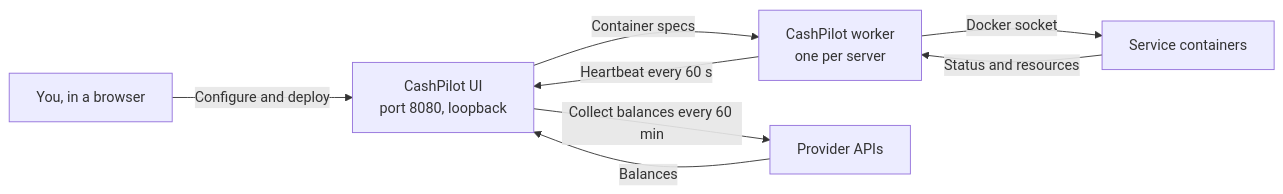
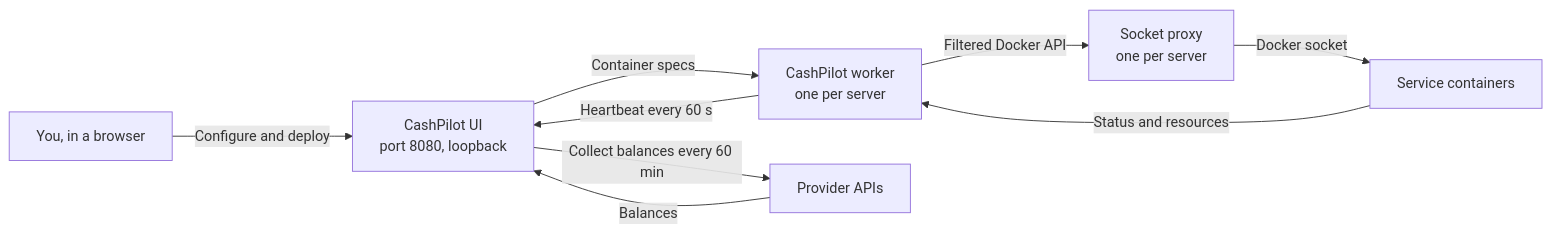
Before and after one commit to GeiserX/CashPilot: the diagram in docs/index.md, drawn with Mermaid. The commit also changed other lines of this file and 9 other files, not shown here.

First line of the commit message:
docs: stop telling users the worker holds the Docker socket and nothing fences the LAN (#603)

````diff
--- a/docs/index.md
+++ b/docs/index.md
@@ -112,10 +113,11 @@
 ```mermaid
 graph LR
     A[You, in a browser] -->|Configure and deploy| B[CashPilot UI<br>port 8080, loopback]
     B -->|Container specs| C[CashPilot worker<br>one per server]
-    C -->|Docker socket| D[Service containers]
+    C -->|Filtered Docker API| P[Socket proxy<br>one per server]
+    P -->|Docker socket| D[Service containers]
     D -->|Status and resources| C
     C -->|Heartbeat every 60 s| B
     B -->|Collect balances every 60 min| E[Provider APIs]
     E -->|Balances| B
 ```
````
